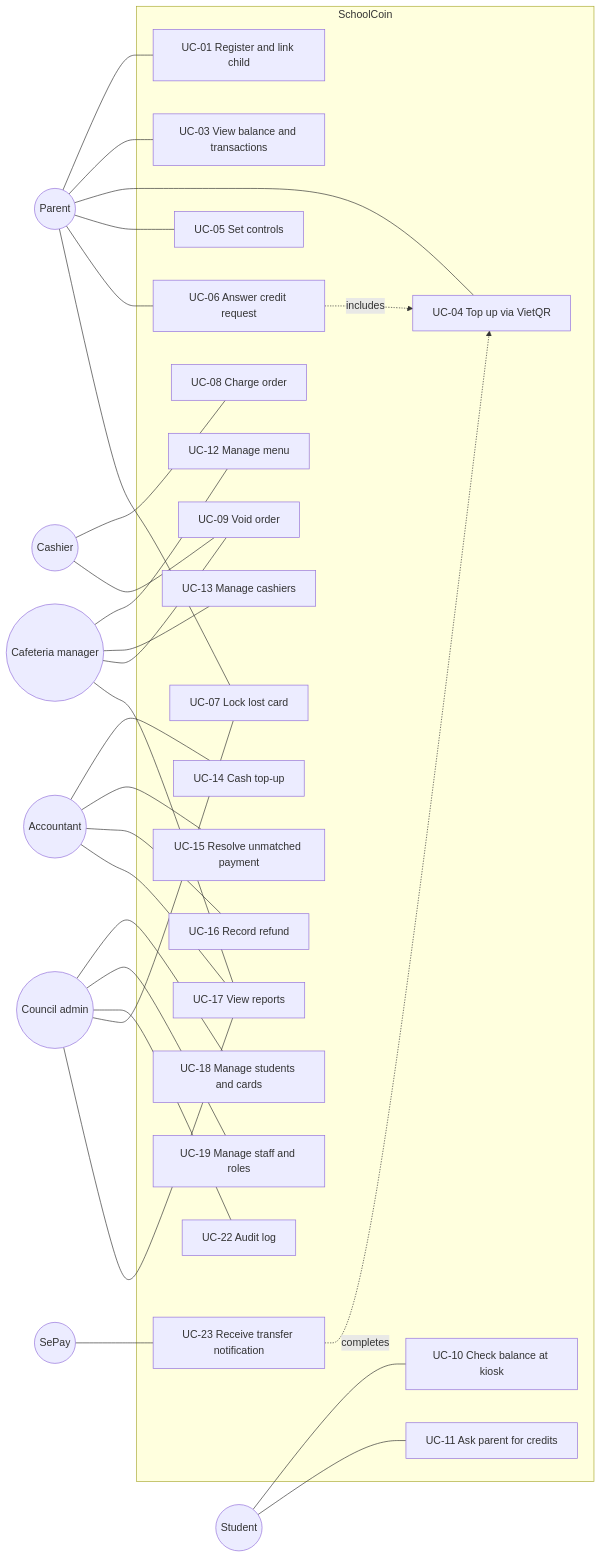
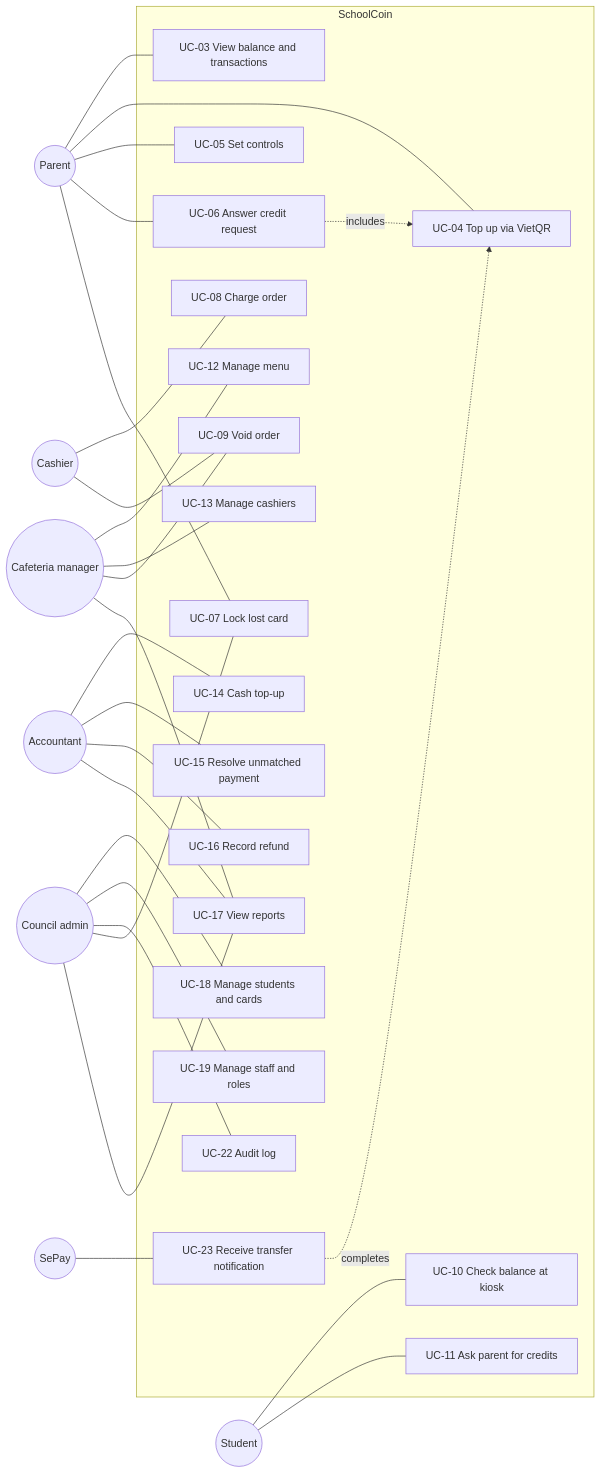
The second of 7 diagrams in docs/srs/schoolcoin-srs-v1.0.md (leedoekahn401/scoin), drawn with Mermaid before and after one commit. The commit also changed other lines of this file and 1 other file, not shown here.

````diff
--- a/docs/srs/schoolcoin-srs-v1.0.md
+++ b/docs/srs/schoolcoin-srs-v1.0.md
@@ -164,41 +163,40 @@
 ```mermaid
 flowchart LR
   Parent((Parent))
   Student((Student))
   Cashier((Cashier))
   Manager((Cafeteria manager))
   Accountant((Accountant))
   Admin((Council admin))
   SePay((SePay))
   subgraph SchoolCoin
-    UC01[UC-01 Register and link child]
     UC03[UC-03 View balance and transactions]
     UC04[UC-04 Top up via VietQR]
     UC05[UC-05 Set controls]
     UC06[UC-06 Answer credit request]
     UC07[UC-07 Lock lost card]
     UC08[UC-08 Charge order]
     UC09[UC-09 Void order]
     UC10[UC-10 Check balance at kiosk]
     UC11[UC-11 Ask parent for credits]
     UC12[UC-12 Manage menu]
     UC13[UC-13 Manage cashiers]
     UC14[UC-14 Cash top-up]
     UC15[UC-15 Resolve unmatched payment]
     UC16[UC-16 Record refund]
     UC17[UC-17 View reports]
     UC18[UC-18 Manage students and cards]
     UC19[UC-19 Manage staff and roles]
     UC22[UC-22 Audit log]
     UC23[UC-23 Receive transfer notification]
   end
-  Parent --- UC01 & UC03 & UC04 & UC05 & UC06 & UC07
+  Parent --- UC03 & UC04 & UC05 & UC06 & UC07
   Student --- UC10 & UC11
   Cashier --- UC08 & UC09
   Manager --- UC12 & UC13 & UC09 & UC17
   Accountant --- UC14 & UC15 & UC16 & UC17
   Admin --- UC18 & UC19 & UC22 & UC07 & UC17
   SePay --- UC23
   UC06 -. includes .-> UC04
   UC23 -. completes .-> UC04
 ```
````
